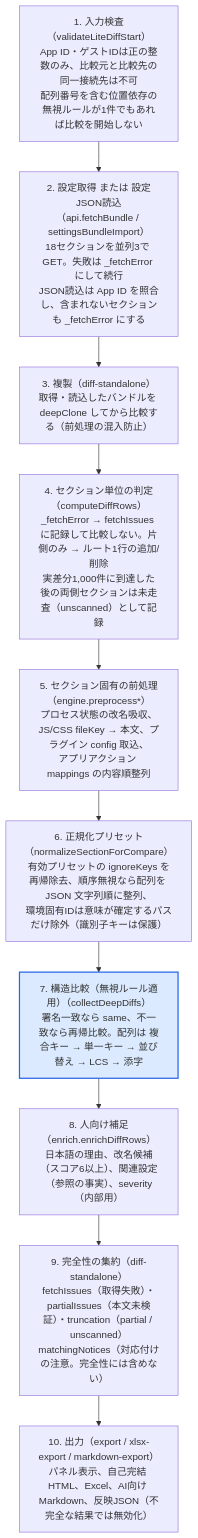
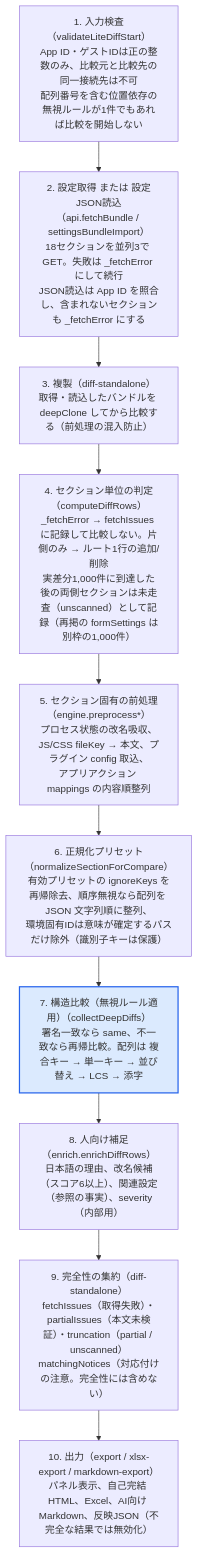
The second of 2 diagrams in docs/core-design-and-diff-judgment.md (kawasakikenta/kintone-lite-suite), drawn with Mermaid before and after one commit. The commit also changed other lines of this file and 10 other files, not shown here.

````diff
--- a/docs/core-design-and-diff-judgment.md
+++ b/docs/core-design-and-diff-judgment.md
@@ -102,15 +102,15 @@
 ```mermaid
 flowchart TB
   S1["1. 入力検査（validateLiteDiffStart）<br/>App ID・ゲストIDは正の整数のみ、比較元と比較先の同一接続先は不可<br/>配列番号を含む位置依存の無視ルールが1件でもあれば比較を開始しない"]
   S2["2. 設定取得 または 設定JSON読込（api.fetchBundle / settingsBundleImport）<br/>18セクションを並列3で GET。失敗は _fetchError にして続行<br/>JSON読込は App ID を照合し、含まれないセクションも _fetchError にする"]
   S3["3. 複製（diff-standalone）<br/>取得・読込したバンドルを deepClone してから比較する（前処理の混入防止）"]
-  S4["4. セクション単位の判定（computeDiffRows）<br/>_fetchError → fetchIssues に記録して比較しない。片側のみ → ルート1行の追加/削除<br/>実差分1,000件に到達した後の両側セクションは未走査（unscanned）として記録"]
+  S4["4. セクション単位の判定（computeDiffRows）<br/>_fetchError → fetchIssues に記録して比較しない。片側のみ → ルート1行の追加/削除<br/>実差分1,000件に到達した後の両側セクションは未走査（unscanned）として記録（再掲の formSettings は別枠の1,000件）"]
   S5["5. セクション固有の前処理（engine.preprocess*）<br/>プロセス状態の改名吸収、JS/CSS fileKey → 本文、プラグイン config 取込、<br/>アプリアクション mappings の内容順整列"]
   S6["6. 正規化プリセット（normalizeSectionForCompare）<br/>有効プリセットの ignoreKeys を再帰除去、順序無視なら配列を JSON 文字列順に整列、<br/>環境固有IDは意味が確定するパスだけ除外（識別子キーは保護）"]
   S7["7. 構造比較（無視ルール適用）（collectDeepDiffs）<br/>署名一致なら same、不一致なら再帰比較。配列は 複合キー → 単一キー → 並び替え → LCS → 添字"]
   S8["8. 人向け補足（enrich.enrichDiffRows）<br/>日本語の理由、改名候補（スコア6以上）、関連設定（参照の事実）、severity（内部用）"]
   S9["9. 完全性の集約（diff-standalone）<br/>fetchIssues（取得失敗）・partialIssues（本文未検証）・truncation（partial / unscanned）<br/>matchingNotices（対応付けの注意。完全性には含めない）"]
   S10["10. 出力（export / xlsx-export / markdown-export）<br/>パネル表示、自己完結 HTML、Excel、AI向け Markdown、反映JSON（不完全な結果では無効化）"]
   S1 --> S2 --> S3 --> S4 --> S5 --> S6 --> S7 --> S8 --> S9 --> S10
   style S7 fill:#dbeafe,stroke:#2563eb,stroke-width:2px
 ```
````
